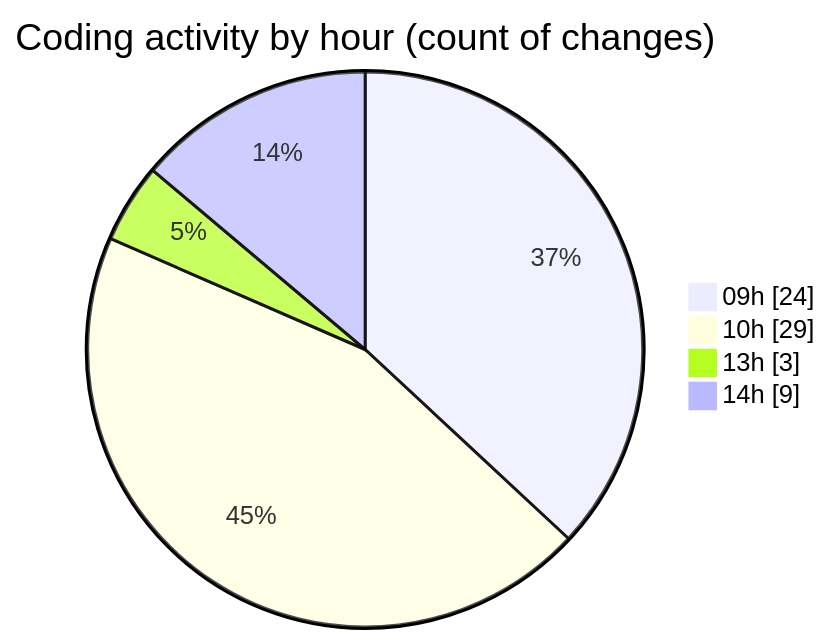
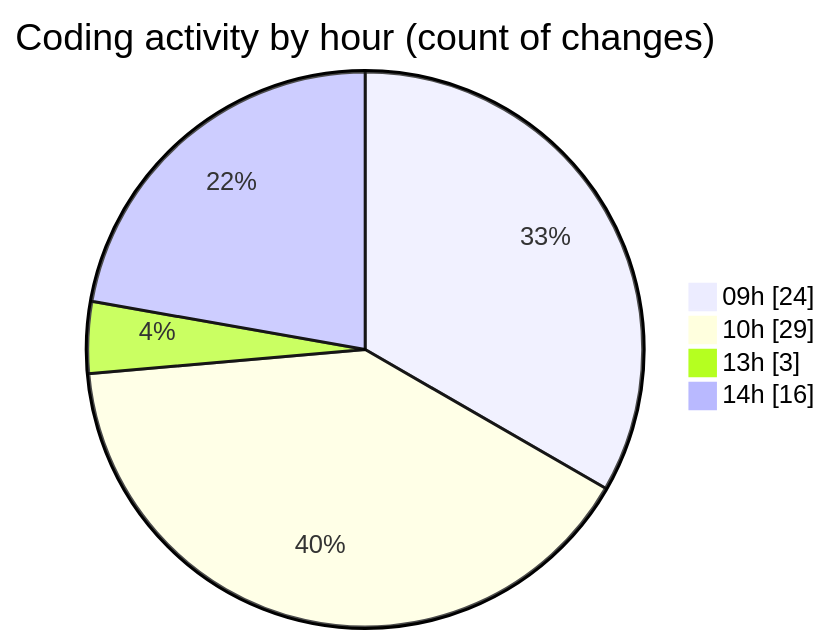
One commit to MatusMokan/code-tracking changed the second of 2 diagrams in 2025-05-08/myws__workspace_/README.md. Above: the diagram before and after it, drawn with Mermaid. The commit also changed other lines of this file and 1 other file, not shown here.

````diff
--- a/2025-05-08/myws__workspace_/README.md
+++ b/2025-05-08/myws__workspace_/README.md
@@ -31,8 +31,8 @@
 ```mermaid
 pie showData
 title Coding activity by hour (count of changes)
 "09h" : 24
 "10h" : 29
 "13h" : 3
-"14h" : 9
+"14h" : 16
 ```
````
